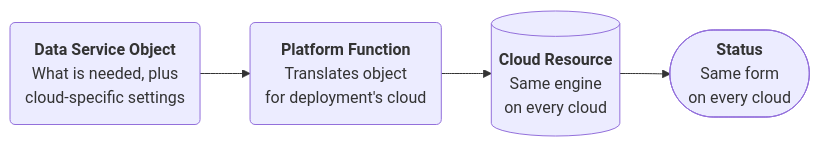
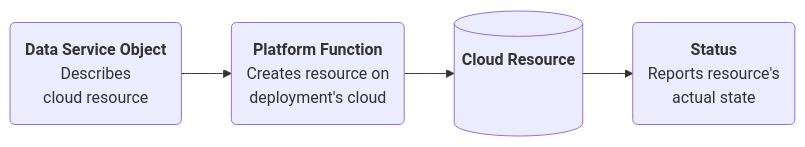
The diagram in docs/data-service-apis/README.md (entigolabs/platform-apis), drawn with Mermaid before and after one commit.

Commit message:
docs: refine the overview diagram's boxes and labels
Refs: RMIT-44

````diff
--- a/docs/data-service-apis/README.md
+++ b/docs/data-service-apis/README.md
@@ -8,12 +8,12 @@
 ```mermaid
 flowchart LR
-  request("<b>Data Service Object</b><br/>What is needed, plus<br/>cloud-specific settings")
-  platform("<b>Platform Function</b><br/>Translates object<br/>for deployment's cloud")
-  service[("<b>Cloud Resource</b><br/>Same engine<br/>on every cloud")]
-  status(["<b>Status</b><br/>Same form<br/>on every cloud"])
-  request --> platform --> service --> status
-  class request user
-  class platform platform
-  class service cloud
+  object("<b>Data Service Object</b><br/>Describes<br/>cloud resource")
+  function("<b>Platform Function</b><br/>Creates resource on<br/>deployment's cloud")
+  resource[("<b>Cloud Resource</b><br/>&nbsp;<br/>&nbsp;")]
+  status("<b>Status</b><br/>Reports resource's<br/>actual state")
+  object --> function --> resource --> status
+  class object user
+  class function platform
+  class resource cloud
   class status app
 ```
````
